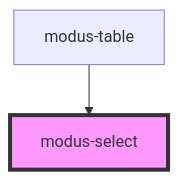
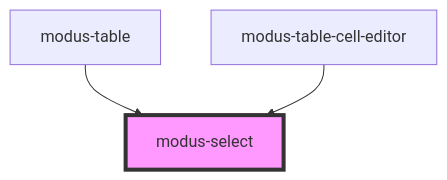
Before and after one commit to trimble-oss/modus-web-components: the diagram in stencil-workspace/src/components/modus-select/readme.md, drawn with Mermaid. The commit also changed other lines of this file and 71 other files, not shown here.

````diff
--- a/stencil-workspace/src/components/modus-select/readme.md
+++ b/stencil-workspace/src/components/modus-select/readme.md
@@ -39,5 +61,6 @@
 ```mermaid
 graph TD;
   modus-table --> modus-select
+  modus-table-cell-editor --> modus-select
   style modus-select fill:#f9f,stroke:#333,stroke-width:4px
 ```
````
